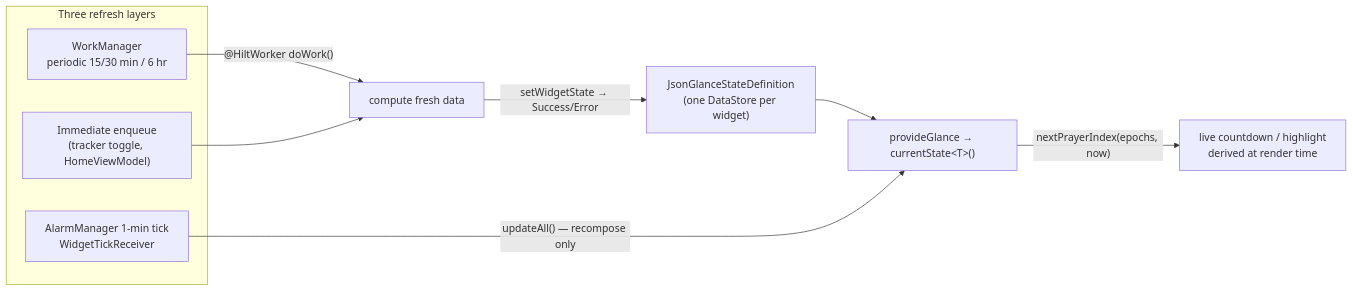
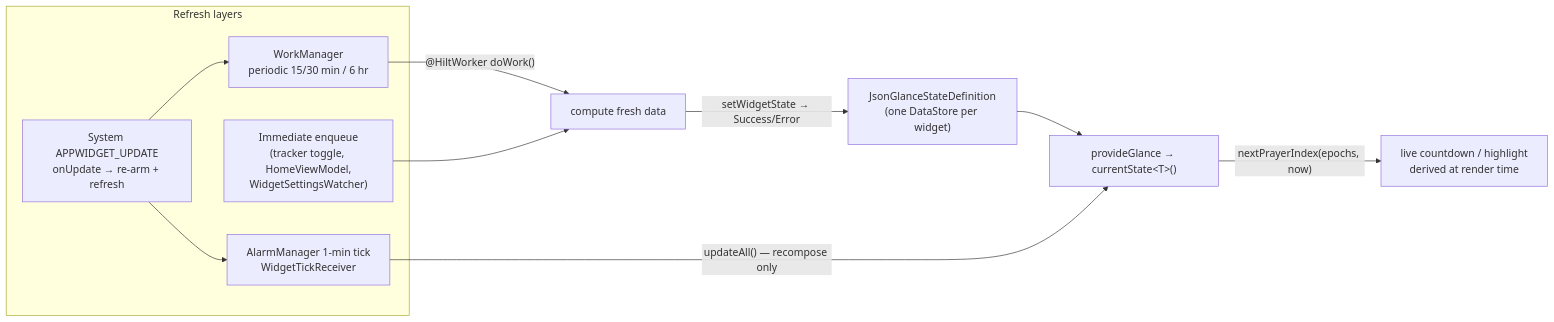
Before and after one commit to arshad-shah/Nimaz: the second of 4 diagrams in docs/SUBSYSTEMS.md, drawn with Mermaid. The commit also changed other lines of this file and 89 other files, not shown here.

````diff
--- a/docs/SUBSYSTEMS.md
+++ b/docs/SUBSYSTEMS.md
@@ -264,14 +269,17 @@
 ```mermaid
 flowchart LR
-    subgraph Refresh["Three refresh layers"]
+    subgraph Refresh["Refresh layers"]
         WM["WorkManager<br/>periodic 15/30 min / 6 hr"]
         Tick["AlarmManager 1-min tick<br/>WidgetTickReceiver"]
-        Imm["Immediate enqueue<br/>(tracker toggle, HomeViewModel)"]
+        Imm["Immediate enqueue<br/>(tracker toggle, HomeViewModel,<br/>WidgetSettingsWatcher)"]
+        Sys["System APPWIDGET_UPDATE<br/>onUpdate → re-arm + refresh"]
     end
     WM -->|"@HiltWorker doWork()"| Compute["compute fresh data"]
     Imm --> Compute
+    Sys --> WM
+    Sys --> Tick
     Compute -->|"setWidgetState → Success/Error"| Store["JsonGlanceStateDefinition<br/>(one DataStore per widget)"]
     Store --> Render["provideGlance → currentState&lt;T&gt;()"]
     Tick -->|"updateAll() — recompose only"| Render
     Render -->|"nextPrayerIndex(epochs, now)"| Live["live countdown / highlight<br/>derived at render time"]
 ```
````
